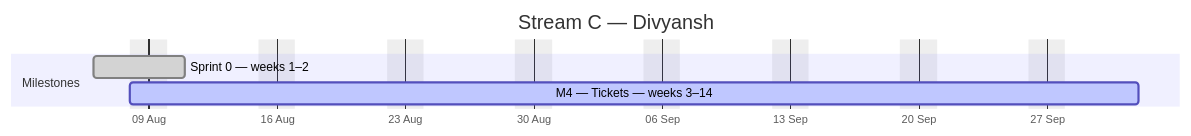
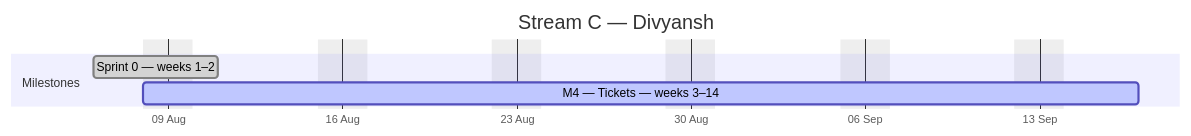
Before and after one commit to debashisedunext/EduTrack: the third of 4 diagrams in docs/plan/GANTT.md, drawn with Mermaid. The commit also changed other lines of this file and 6 other files, not shown here.

````diff
--- a/docs/plan/GANTT.md
+++ b/docs/plan/GANTT.md
@@ -130,10 +120,10 @@
 ```mermaid
 gantt
     dateFormat YYYY-MM-DD
     axisFormat %d %b
     title Stream C — Divyansh
     excludes weekends
     section Milestones
     Sprint 0 — weeks 1–2 :done, c0, 2026-08-06, 3d
-    M4 — Tickets — weeks 3–14 :active, c1, 2026-08-08, 40d
+    M4 — Tickets — weeks 3–14 :active, c1, 2026-08-08, 29d
 ```
````
